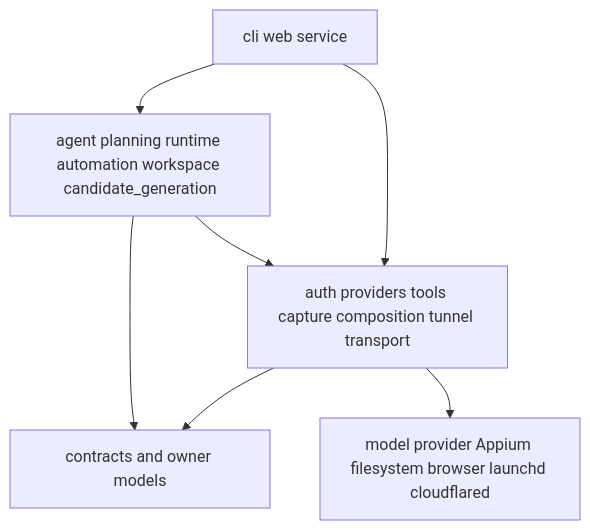
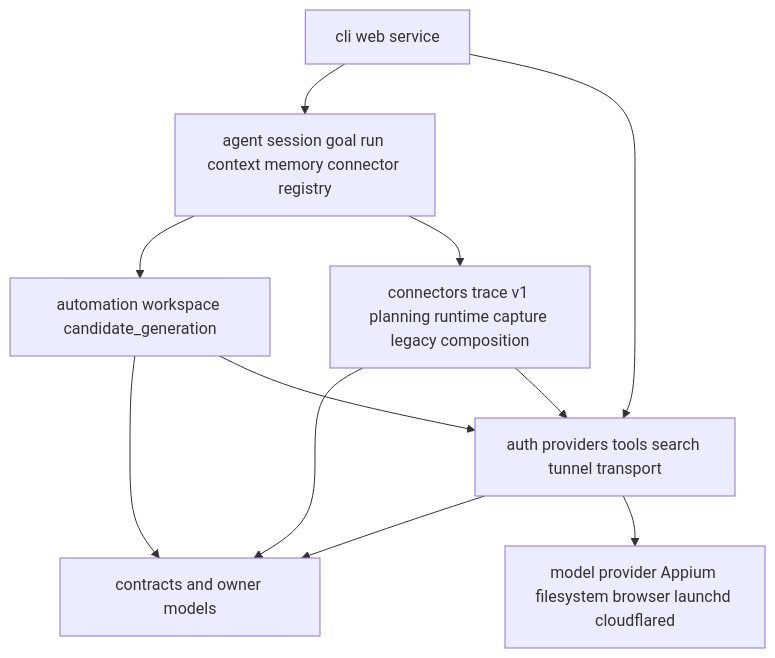
One commit to corca-ai/ads-booster changed the diagram in docs/architecture/code.md. Above: the diagram before and after it, drawn with Mermaid. The commit also changed other lines of this file and 477 other files, not shown here.

Commit message:
refactor: move runtime to ads_booster and version Trace connector (#39)

````diff
--- a/docs/architecture/code.md
+++ b/docs/architecture/code.md
@@ -20,15 +20,21 @@
 ```mermaid
 flowchart TD
     DELIVERY[cli web service]
-    APP[agent planning runtime automation workspace candidate_generation]
+    CORE[agent session goal run context memory connector registry]
+    APP[automation workspace candidate_generation]
+    DOMAIN[connectors trace v1 planning runtime capture legacy composition]
     CONTRACTS[contracts and owner models]
-    ADAPTERS[auth providers tools capture composition tunnel transport]
+    ADAPTERS[auth providers tools search tunnel transport]
     EXTERNAL[model provider Appium filesystem browser launchd cloudflared]
 
-    DELIVERY --> APP
+    DELIVERY --> CORE
     DELIVERY --> ADAPTERS
+    CORE --> APP
+    CORE --> DOMAIN
     APP --> CONTRACTS
     APP --> ADAPTERS
+    DOMAIN --> CONTRACTS
+    DOMAIN --> ADAPTERS
     ADAPTERS --> CONTRACTS
     ADAPTERS --> EXTERNAL
 ```
````
